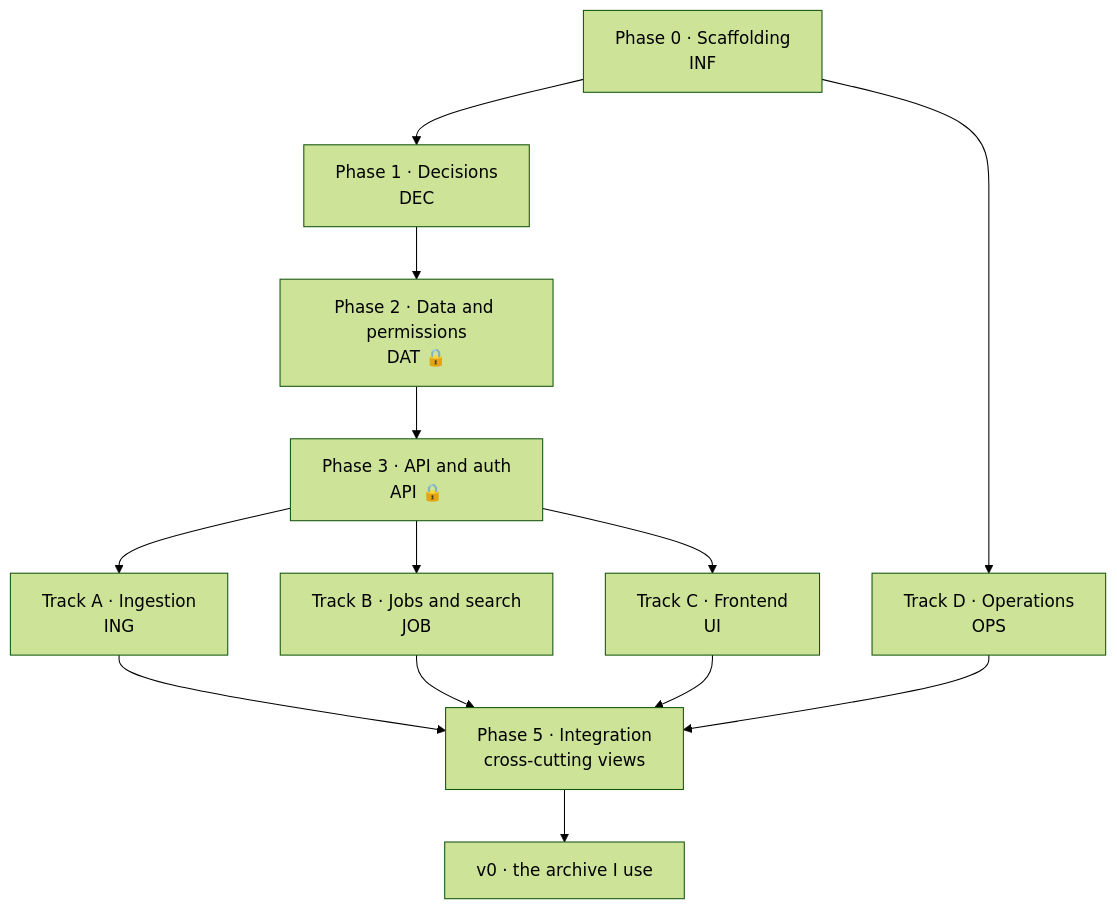
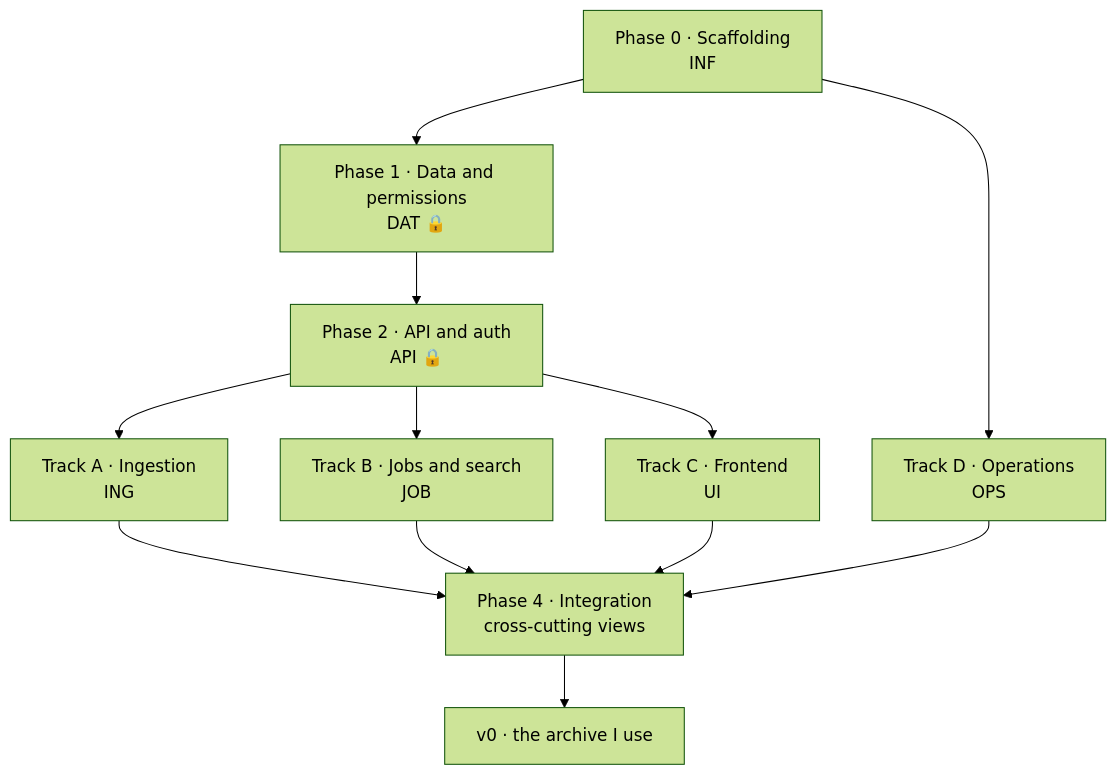
One commit to resonand-app/resonand changed the diagram in docs/v0-plan.md. Above: the diagram before and after it, drawn with Mermaid (forest theme). The commit also changed other lines of this file and 1 other file, not shown here.

````diff
--- a/docs/v0-plan.md
+++ b/docs/v0-plan.md
@@ -150,15 +274,14 @@
 ```mermaid
 graph TD
-    F0["Phase 0 · Scaffolding<br/>INF"] --> F1["Phase 1 · Decisions<br/>DEC"]
-    F1 --> F2["Phase 2 · Data and permissions<br/>DAT 🔒"]
-    F2 --> F3["Phase 3 · API and auth<br/>API 🔒"]
-    F3 --> A["Track A · Ingestion<br/>ING"]
-    F3 --> B["Track B · Jobs and search<br/>JOB"]
-    F3 --> C["Track C · Frontend<br/>UI"]
+    F0["Phase 0 · Scaffolding<br/>INF"] --> F1["Phase 1 · Data and permissions<br/>DAT 🔒"]
+    F1 --> F2["Phase 2 · API and auth<br/>API 🔒"]
+    F2 --> A["Track A · Ingestion<br/>ING"]
+    F2 --> B["Track B · Jobs and search<br/>JOB"]
+    F2 --> C["Track C · Frontend<br/>UI"]
     F0 --> D["Track D · Operations<br/>OPS"]
-    A --> F5["Phase 5 · Integration<br/>cross-cutting views"]
-    B --> F5
-    C --> F5
-    D --> F5
-    F5 --> V0["v0 · the archive I use"]
+    A --> F4["Phase 4 · Integration<br/>cross-cutting views"]
+    B --> F4
+    C --> F4
+    D --> F4
+    F4 --> V0["v0 · the archive I use"]
 ```
````
